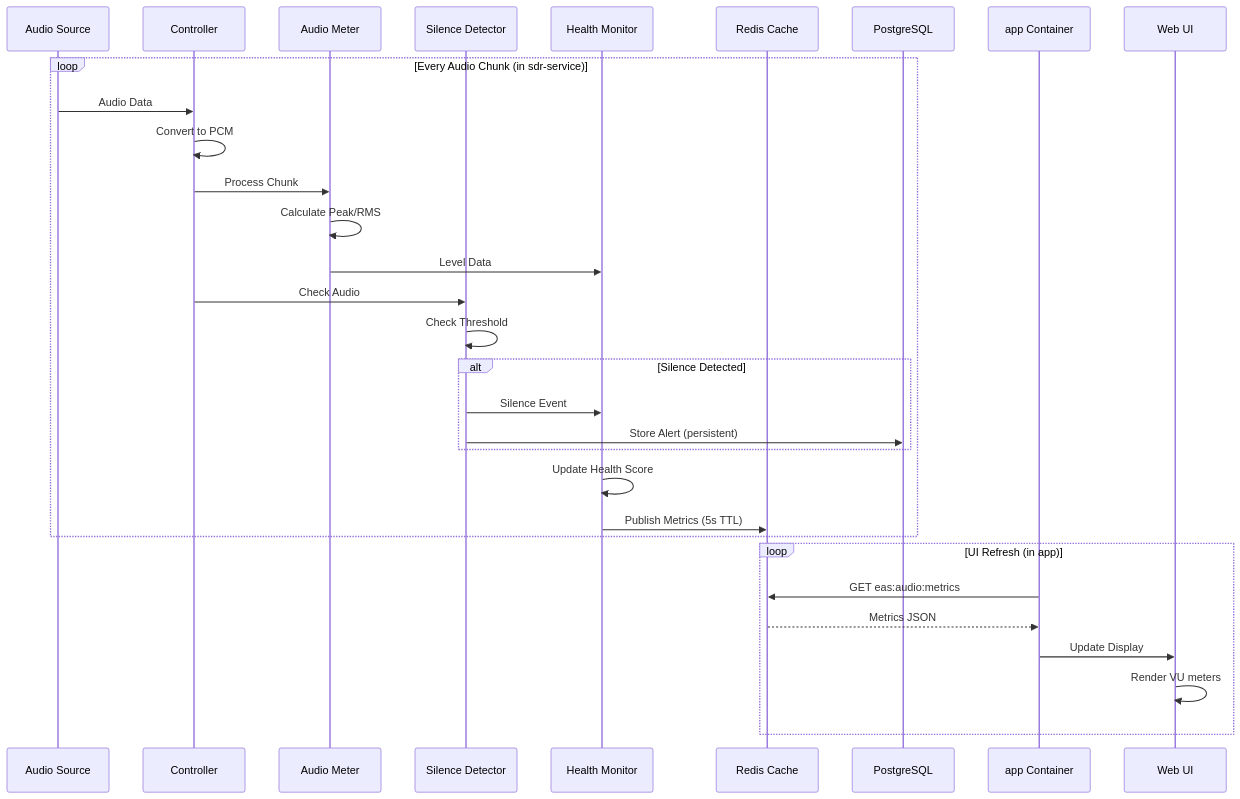
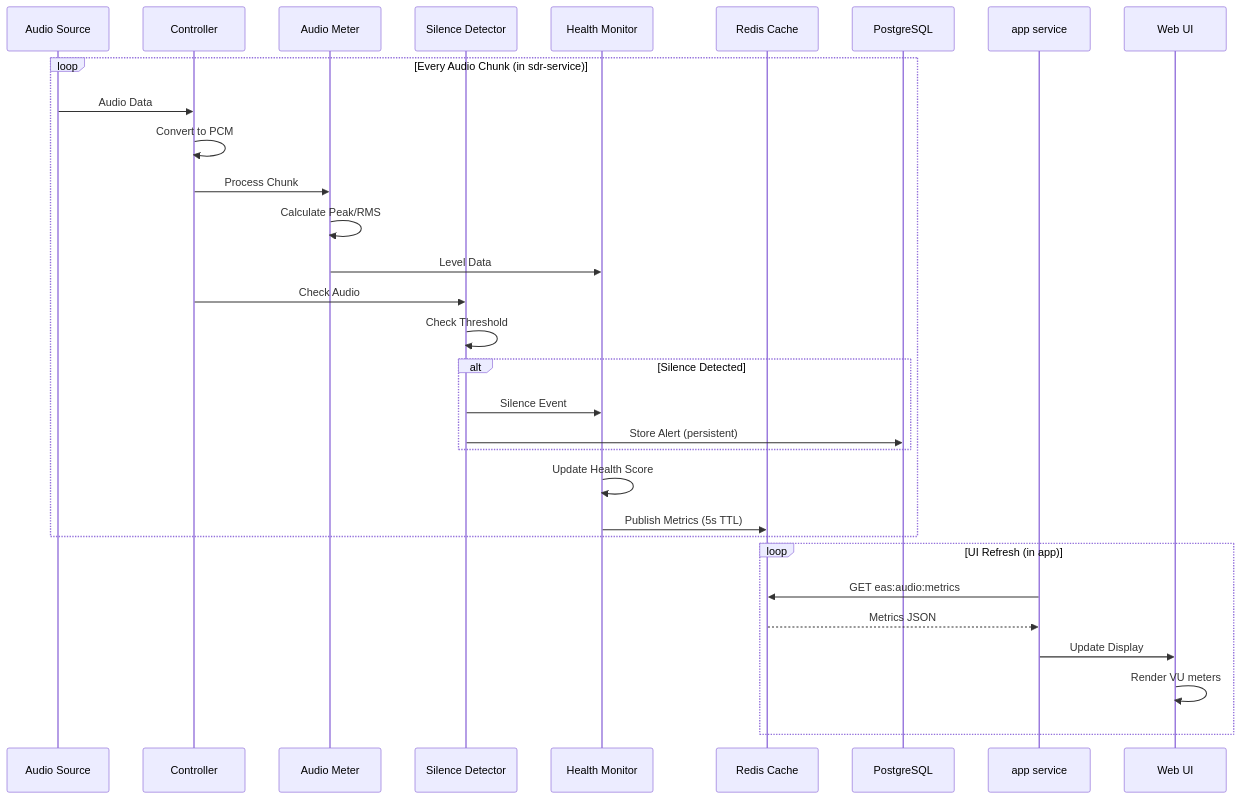
One commit to chelstein/eas-station changed the eighth of 21 diagrams in docs/architecture/SYSTEM_ARCHITECTURE.md. Above: the diagram before and after it, drawn with Mermaid. The commit also changed other lines of this file and 4 other files, not shown here.

Commit message:
Update architecture docs: Remove Docker/container terminology, use systemd services

````diff
--- a/docs/architecture/SYSTEM_ARCHITECTURE.md
+++ b/docs/architecture/SYSTEM_ARCHITECTURE.md
@@ -429,37 +429,37 @@
 ```mermaid
 sequenceDiagram
     participant Source as Audio Source
     participant Controller as Controller
     participant Meter as Audio Meter
     participant Silence as Silence Detector
     participant Health as Health Monitor
     participant Redis as Redis Cache
     participant DB as PostgreSQL
-    participant App as app Container
+    participant App as app service
     participant UI as Web UI
 
     loop Every Audio Chunk (in sdr-service)
         Source->>Controller: Audio Data
         Controller->>Controller: Convert to PCM
         Controller->>Meter: Process Chunk
         Meter->>Meter: Calculate Peak/RMS
         Meter->>Health: Level Data
         Controller->>Silence: Check Audio
         Silence->>Silence: Check Threshold
 
         alt Silence Detected
             Silence->>Health: Silence Event
             Silence->>DB: Store Alert (persistent)
         end
 
         Health->>Health: Update Health Score
         Health->>Redis: Publish Metrics (5s TTL)
     end
 
     loop UI Refresh (in app)
         App->>Redis: GET eas:audio:metrics
         Redis-->>App: Metrics JSON
         App->>UI: Update Display
         UI->>UI: Render VU meters
     end
 ```
````
